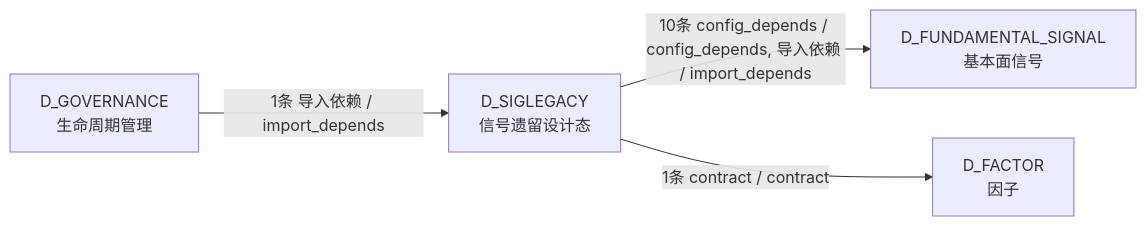
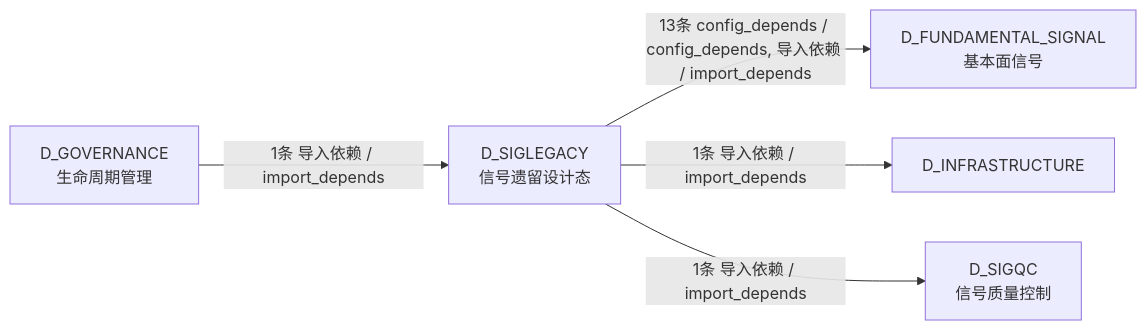
The third of 3 diagrams in docs/02_enterprise_architecture/02_domain_architecture_docs/63_d_siglegacy.md (xuanFelixVan/ZephyrAlpha), drawn with Mermaid before and after one commit. The commit also changed other lines of this file and 126 other files, not shown here.

````diff
--- a/docs/02_enterprise_architecture/02_domain_architecture_docs/63_d_siglegacy.md
+++ b/docs/02_enterprise_architecture/02_domain_architecture_docs/63_d_siglegacy.md
@@ -208,10 +222,12 @@
 ```mermaid
 graph LR
     D_SIGLEGACY["D_SIGLEGACY<br/>信号遗留设计态"]
     D_FUNDAMENTAL_SIGNAL["D_FUNDAMENTAL_SIGNAL<br/>基本面信号"]
-    D_FACTOR["D_FACTOR<br/>因子"]
+    D_INFRASTRUCTURE["D_INFRASTRUCTURE"]
+    D_SIGQC["D_SIGQC<br/>信号质量控制"]
     D_GOVERNANCE["D_GOVERNANCE<br/>生命周期管理"]
-    D_SIGLEGACY -->|10条 config_depends / config_depends, 导入依赖 / import_depends| D_FUNDAMENTAL_SIGNAL
-    D_SIGLEGACY -->|1条 contract / contract| D_FACTOR
+    D_SIGLEGACY -->|13条 config_depends / config_depends, 导入依赖 / import_depends| D_FUNDAMENTAL_SIGNAL
+    D_SIGLEGACY -->|1条 导入依赖 / import_depends| D_INFRASTRUCTURE
+    D_SIGLEGACY -->|1条 导入依赖 / import_depends| D_SIGQC
     D_GOVERNANCE -->|1条 导入依赖 / import_depends| D_SIGLEGACY
 ```
````
